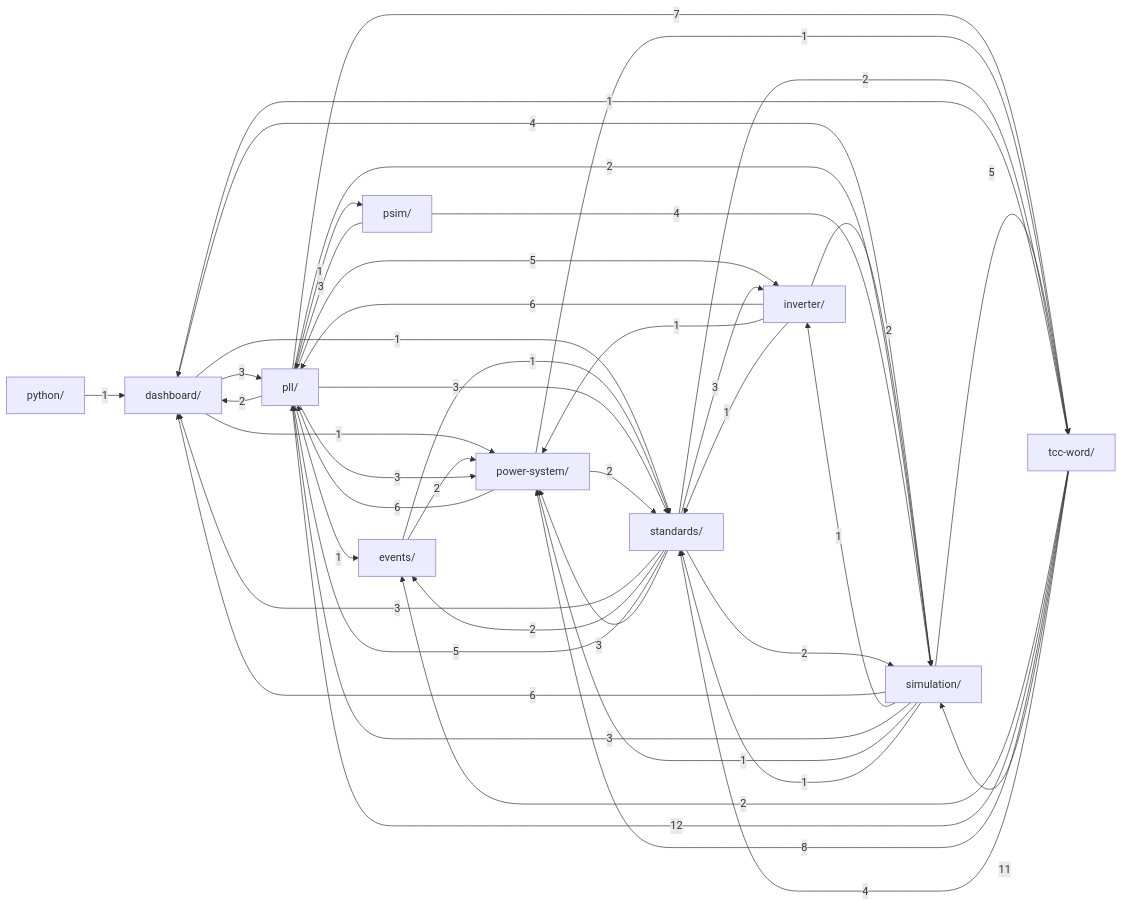
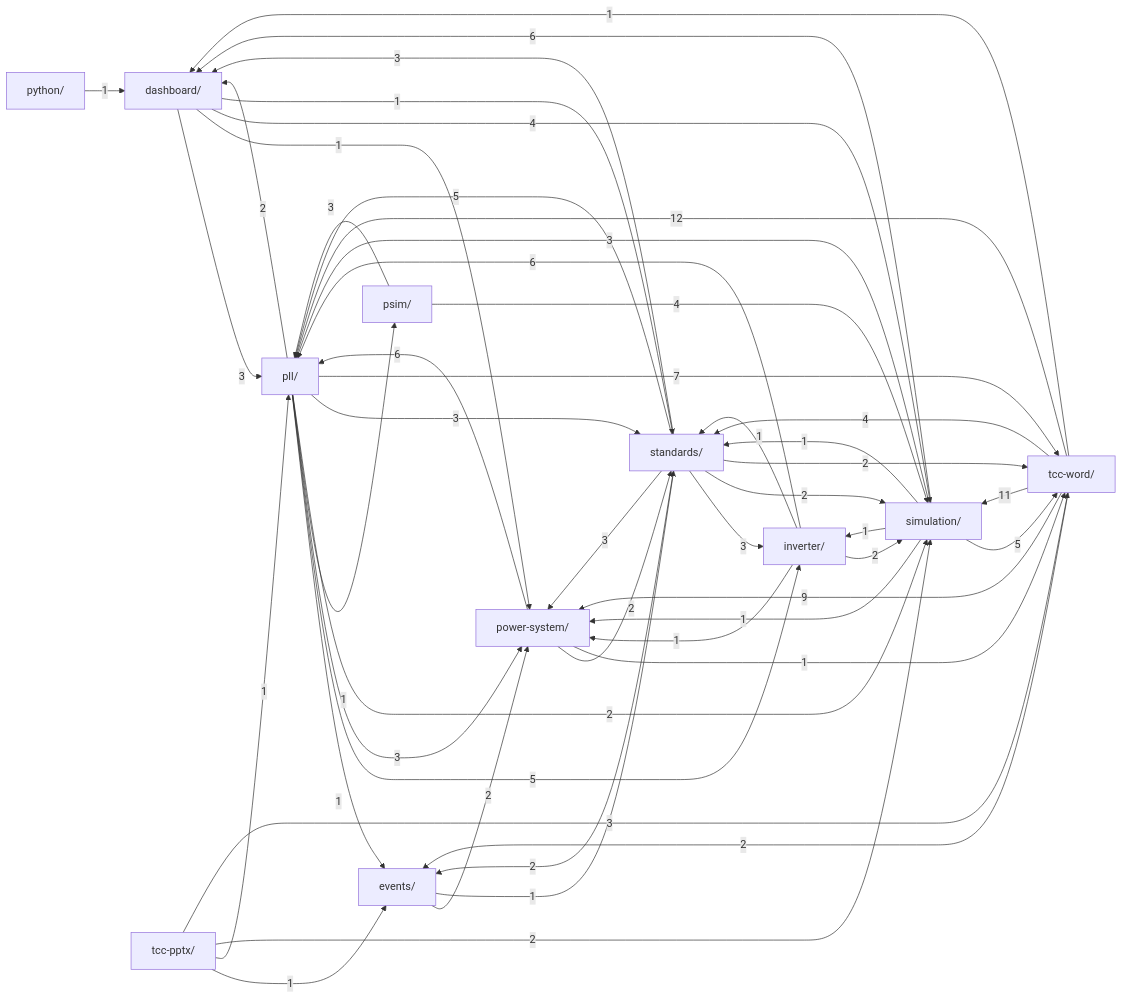
The diagram in .claude/kb/grafo.md (GGHB0/pll_stability_9bus), drawn with Mermaid before and after one commit. The commit also changed 32 other files, not shown here.

Commit message:
Add the defense deck pipeline: tcc-pptx-editor skill, three agents and KB folder

````diff
--- a/.claude/kb/grafo.md
+++ b/.claude/kb/grafo.md
@@ -12,56 +12,61 @@
 ```mermaid
 graph LR
     dashboard["dashboard/"]
     events["events/"]
     inverter["inverter/"]
     pll["pll/"]
     power_system["power-system/"]
     psim["psim/"]
     python["python/"]
     simulation["simulation/"]
     standards["standards/"]
+    tcc_pptx["tcc-pptx/"]
     tcc_word["tcc-word/"]
     dashboard -->|3| pll
     dashboard -->|1| power_system
     dashboard -->|4| simulation
     dashboard -->|1| standards
     events -->|2| power_system
     events -->|1| standards
     inverter -->|6| pll
     inverter -->|1| power_system
     inverter -->|2| simulation
     inverter -->|1| standards
     pll -->|2| dashboard
     pll -->|1| events
     pll -->|5| inverter
     pll -->|3| power_system
     pll -->|1| psim
     pll -->|2| simulation
     pll -->|3| standards
     pll -->|7| tcc_word
     power_system -->|6| pll
     power_system -->|2| standards
     power_system -->|1| tcc_word
     psim -->|3| pll
     psim -->|4| simulation
     python -->|1| dashboard
     simulation -->|6| dashboard
     simulation -->|1| inverter
     simulation -->|3| pll
     simulation -->|1| power_system
     simulation -->|1| standards
     simulation -->|5| tcc_word
     standards -->|3| dashboard
     standards -->|2| events
     standards -->|3| inverter
     standards -->|5| pll
     standards -->|3| power_system
     standards -->|2| simulation
     standards -->|2| tcc_word
+    tcc_pptx -->|1| events
+    tcc_pptx -->|1| pll
+    tcc_pptx -->|2| simulation
+    tcc_pptx -->|3| tcc_word
     tcc_word -->|1| dashboard
     tcc_word -->|2| events
     tcc_word -->|12| pll
-    tcc_word -->|8| power_system
+    tcc_word -->|9| power_system
     tcc_word -->|11| simulation
     tcc_word -->|4| standards
 ```
````
